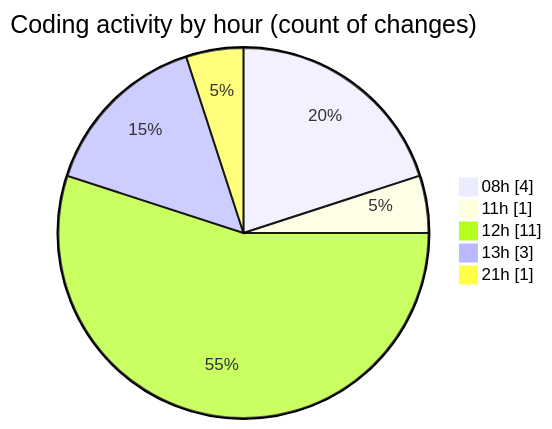
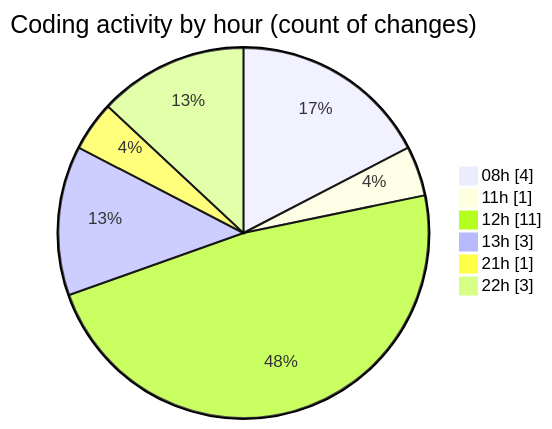
One commit to Elitesun/code-tracking changed the second of 2 diagrams in 2025-02-10/react_ecom/README.md. Above: the diagram before and after it, drawn with Mermaid. The commit also changed other lines of this file and 1 other file, not shown here.

````diff
--- a/2025-02-10/react_ecom/README.md
+++ b/2025-02-10/react_ecom/README.md
@@ -35,9 +37,10 @@
 ```mermaid
 pie showData
 title Coding activity by hour (count of changes)
 "08h" : 4
 "11h" : 1
 "12h" : 11
 "13h" : 3
 "21h" : 1
+"22h" : 3
 ```
````
